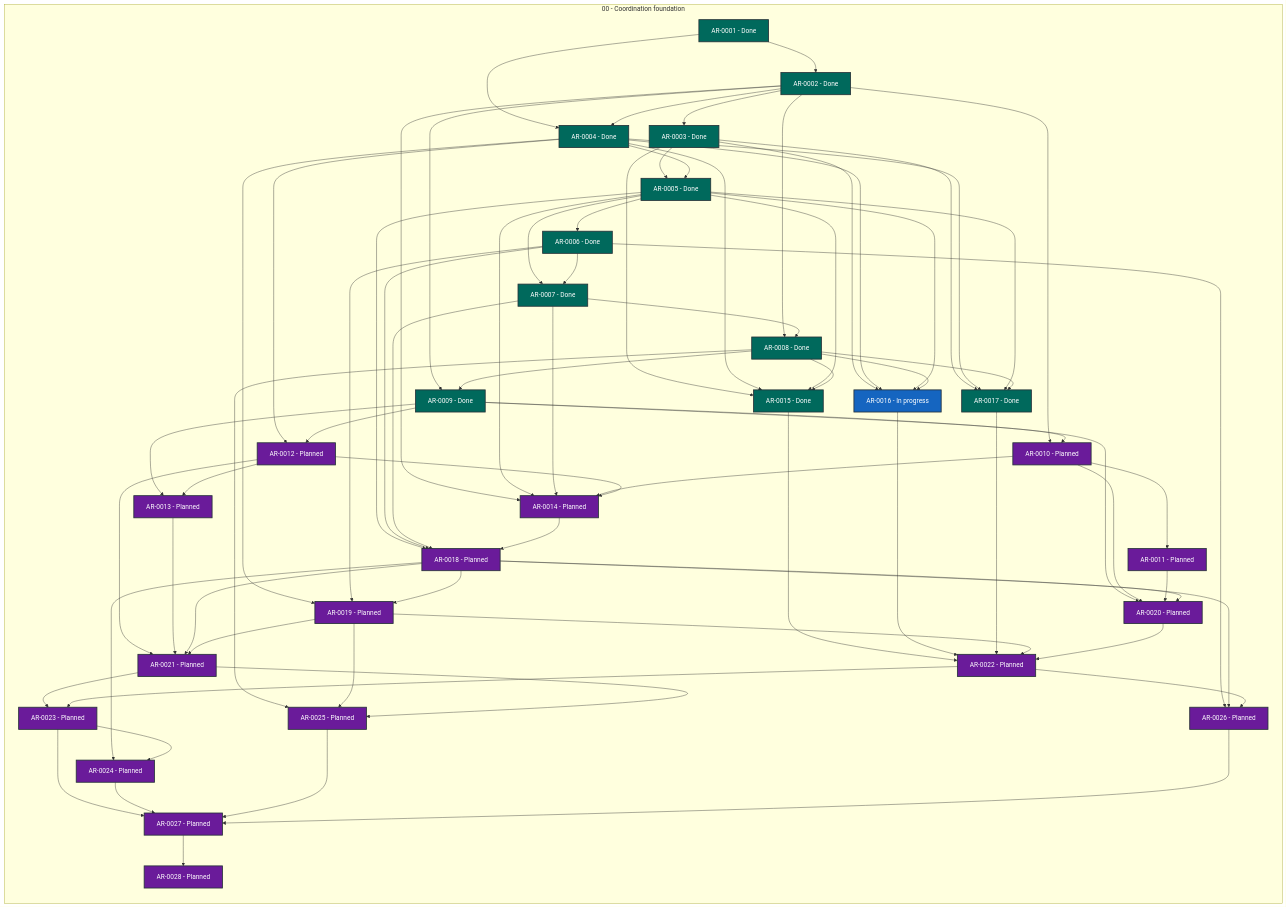
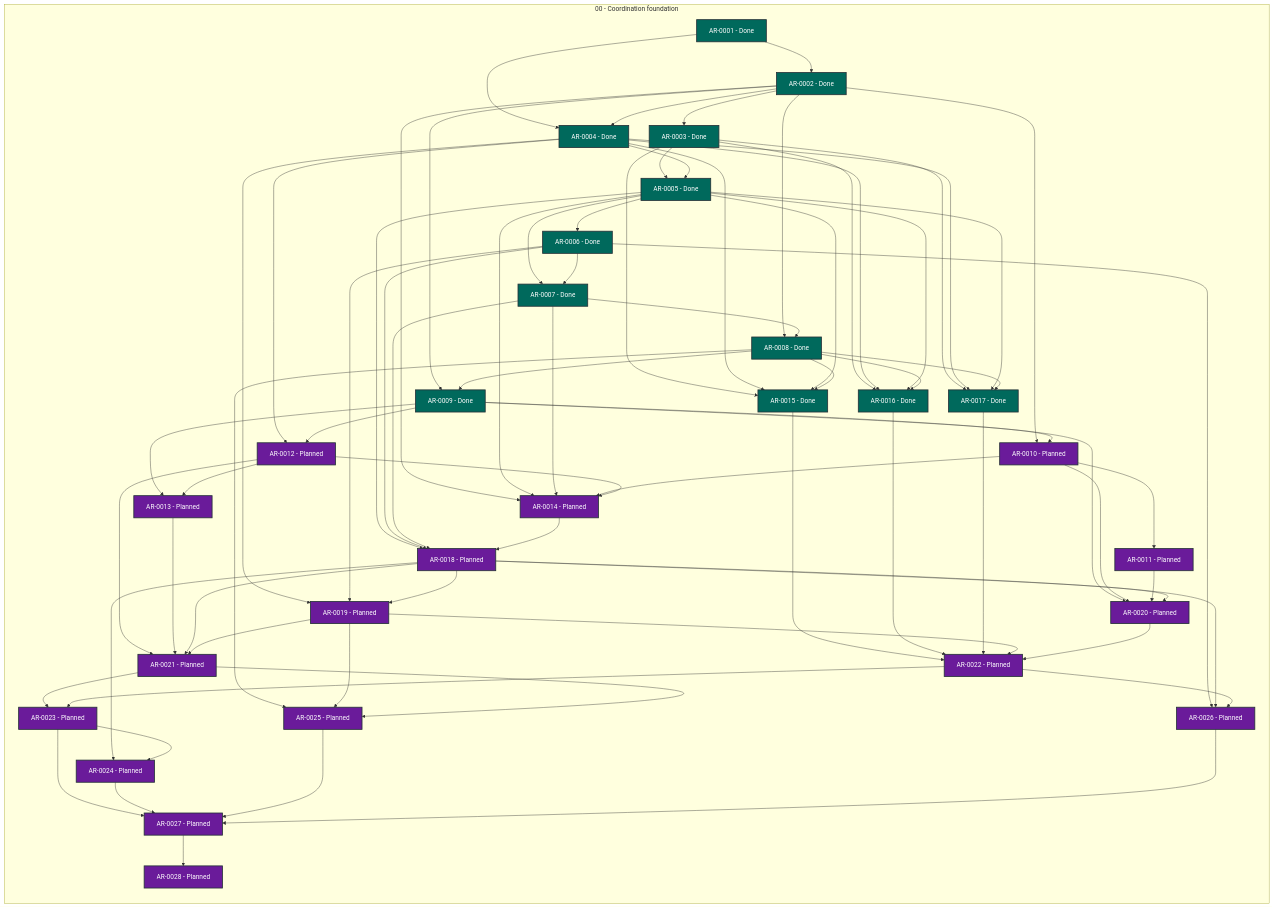
The diagram in STATUS.md (martin-beck/agent-workflow-runtime-state), drawn with Mermaid before and after one commit. The commit also changed other lines of this file and 2 other files, not shown here.

```diff
--- a/STATUS.md
+++ b/STATUS.md
@@ -43,7 +43,7 @@
         AR_0013["AR-0013 - Planned"]:::status_planned
         AR_0014["AR-0014 - Planned"]:::status_planned
         AR_0015["AR-0015 - Done"]:::status_done
-        AR_0016["AR-0016 - In progress"]:::status_in_progress
+        AR_0016["AR-0016 - Done"]:::status_done
         AR_0017["AR-0017 - Done"]:::status_done
         AR_0018["AR-0018 - Planned"]:::status_planned
         AR_0019["AR-0019 - Planned"]:::status_planned
```
